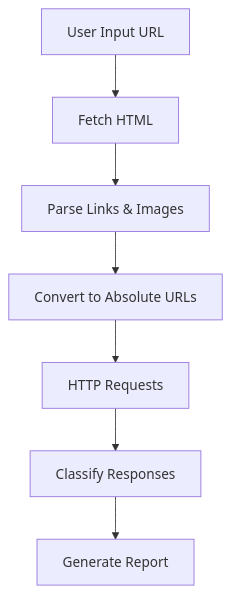
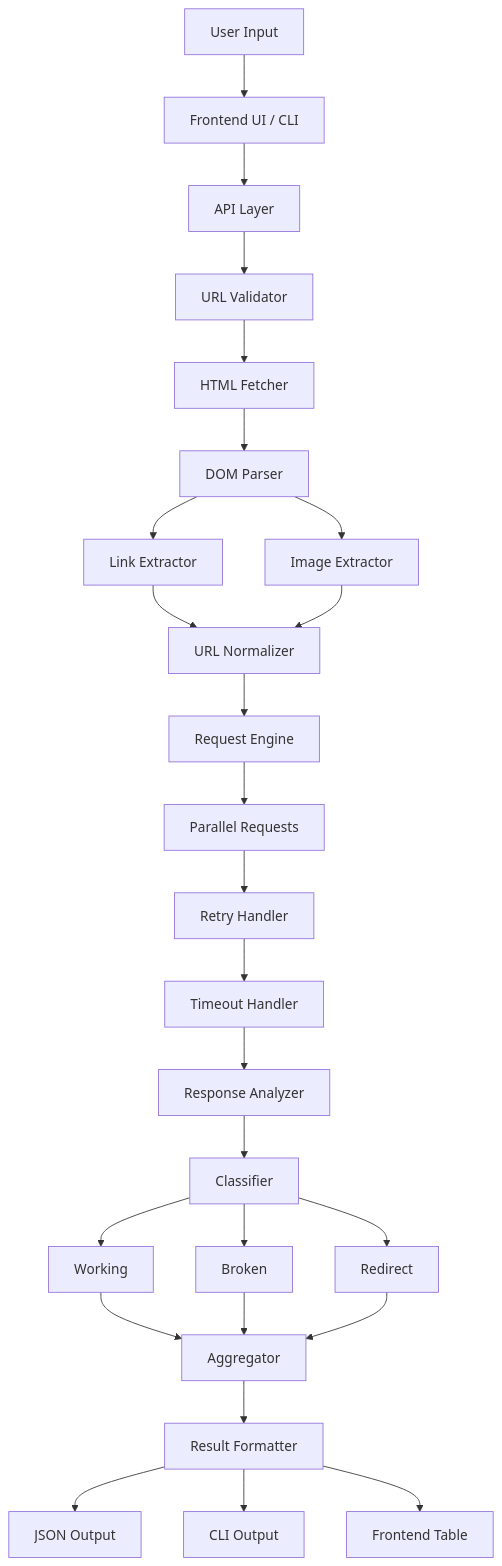
Before and after one commit to Chhatrapati-sahu-09/broken-link-checker: the first of 2 diagrams in README.md, drawn with Mermaid. The commit also changed other lines of this file, not shown here.

````diff
--- a/README.md
+++ b/README.md
@@ -240,9 +104,38 @@
 ```mermaid
 flowchart TD
-    A[User Input URL] --> B[Fetch HTML]
-    B --> C[Parse Links & Images]
-    C --> D[Convert to Absolute URLs]
-    D --> E[HTTP Requests]
-    E --> F[Classify Responses]
-    F --> G[Generate Report]
+
+    A[User Input] --> B[Frontend UI / CLI]
+    B --> C[API Layer]
+
+    C --> D[URL Validator]
+    D --> E[HTML Fetcher]
+
+    E --> F[DOM Parser]
+    F --> G[Link Extractor]
+    F --> H[Image Extractor]
+
+    G --> I[URL Normalizer]
+    H --> I
+
+    I --> J[Request Engine]
+
+    J --> K[Parallel Requests]
+    K --> L[Retry Handler]
+    L --> M[Timeout Handler]
+
+    M --> N[Response Analyzer]
+
+    N --> O[Classifier]
+    O --> P[Working]
+    O --> Q[Broken]
+    O --> R[Redirect]
+
+    P --> S[Aggregator]
+    Q --> S
+    R --> S
+
+    S --> T[Result Formatter]
+    T --> U[JSON Output]
+    T --> V[CLI Output]
+    T --> W[Frontend Table]
 ```
````
